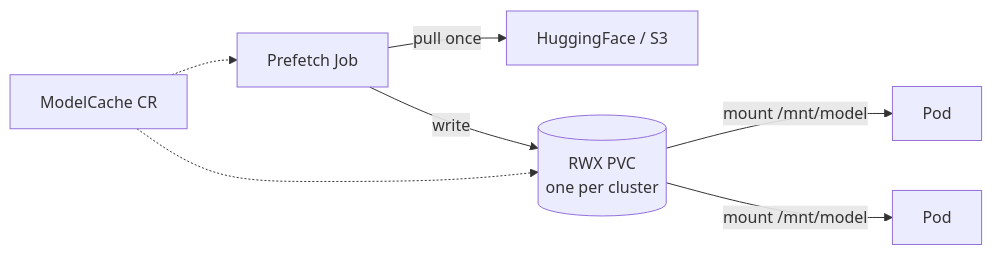
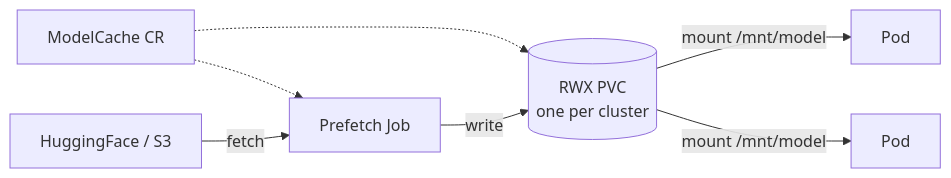
One commit to modelplaneai/modelplane changed the first of 5 diagrams in design/modelcache/design.md. Above: the diagram before and after it, drawn with Mermaid. The commit also changed other lines of this file, not shown here.

First line of the commit message:
Layout/language cleanup: split status header, fix diagram arrow direction

````diff
--- a/design/modelcache/design.md
+++ b/design/modelcache/design.md
@@ -148,15 +150,15 @@
 ```mermaid
 flowchart LR
   HF[HuggingFace / S3]
   MC[ModelCache CR]
   JOB[Prefetch Job]
   PVC[(RWX PVC<br/>one per cluster)]
   POD1[Pod]
   POD2[Pod]
   MC -.-> JOB
   MC -.-> PVC
-  JOB -->|pull once| HF
+  HF -->|fetch| JOB
   JOB -->|write| PVC
   PVC -->|mount /mnt/model| POD1
   PVC -->|mount /mnt/model| POD2
 ```
````
